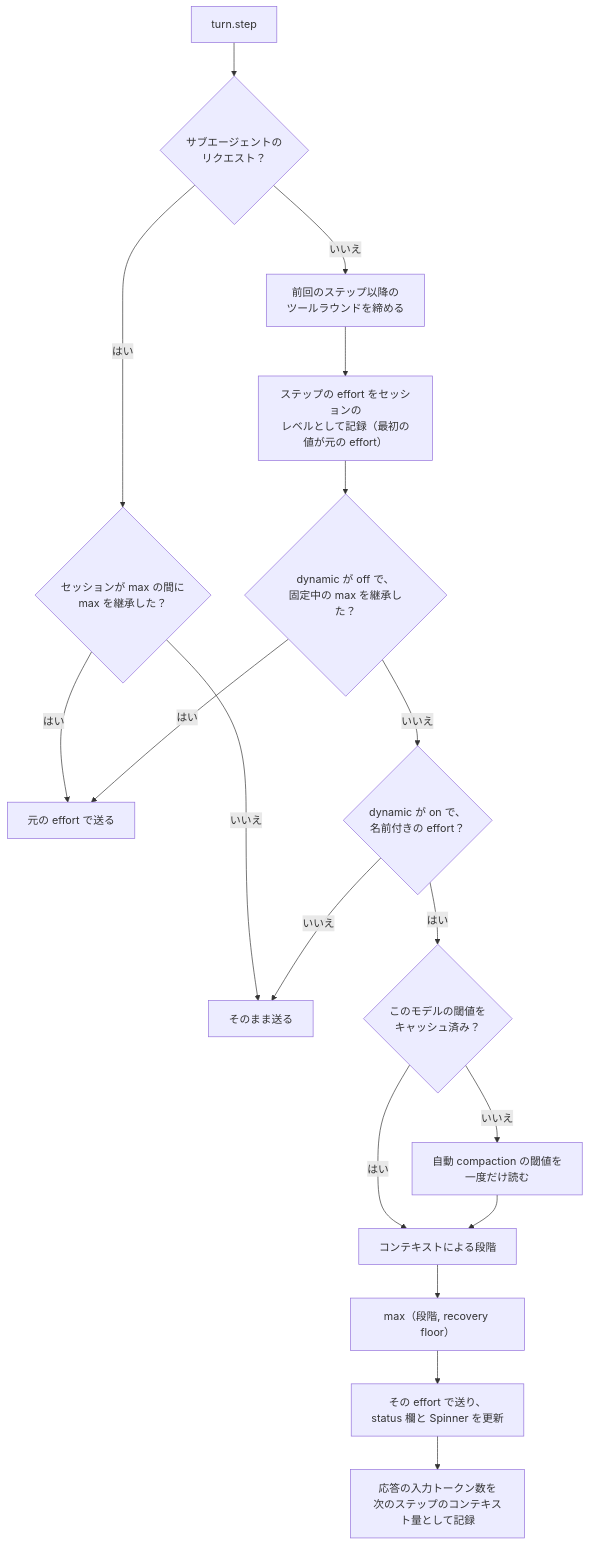
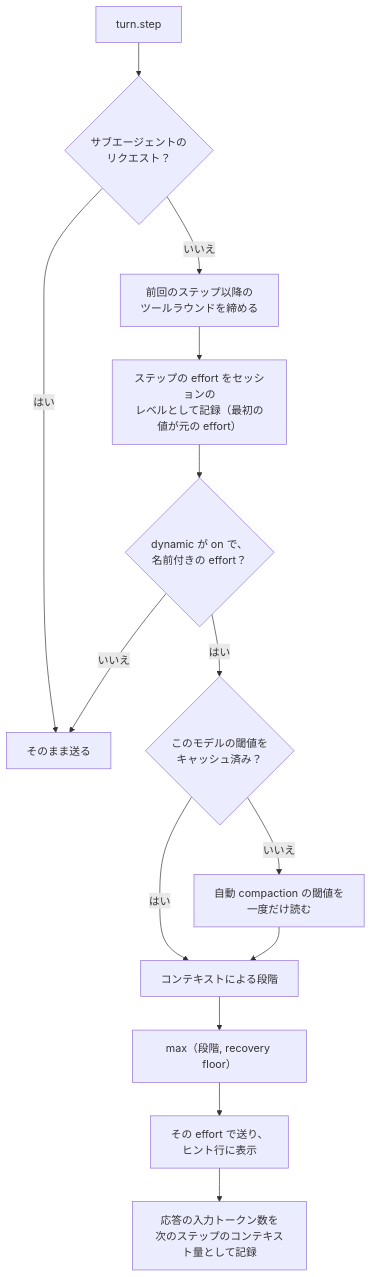
One commit to kkkaoru/dotfiles changed the first of 3 diagrams in tools/claude-dynamic-effort/README-ja.md. Above: the diagram before and after it, drawn with Mermaid. The commit also changed other lines of this file and 3 other files, not shown here.

First line of the commit message:
fix(claude-dynamic-effort): raise effort to max only for one compaction

````diff
--- a/tools/claude-dynamic-effort/README-ja.md
+++ b/tools/claude-dynamic-effort/README-ja.md
@@ -45,20 +46,16 @@
 ```mermaid
 flowchart TD
   step["turn.step"] --> agent{"サブエージェントの<br/>リクエスト？"}
-  agent -- はい --> inherited{"セッションが max の間に<br/>max を継承した？"}
-  inherited -- はい --> original["元の effort で送る"]
-  inherited -- いいえ --> pass["そのまま送る"]
+  agent -- はい --> pass["そのまま送る"]
   agent -- いいえ --> round["前回のステップ以降の<br/>ツールラウンドを締める"]
   round --> observe["ステップの effort をセッションの<br/>レベルとして記録（最初の値が元の effort）"]
-  observe --> mainmax{"dynamic が off で、<br/>固定中の max を継承した？"}
-  mainmax -- はい --> original
-  mainmax -- いいえ --> managed{"dynamic が on で、<br/>名前付きの effort？"}
+  observe --> managed{"dynamic が on で、<br/>名前付きの effort？"}
   managed -- いいえ --> pass
   managed -- はい --> limit{"このモデルの閾値を<br/>キャッシュ済み？"}
   limit -- いいえ --> fetch["自動 compaction の閾値を<br/>一度だけ読む"]
   limit -- はい --> ramp["コンテキストによる段階"]
   fetch --> ramp
   ramp --> floor["max（段階, recovery floor）"]
-  floor --> send["その effort で送り、<br/>status 欄と Spinner を更新"]
+  floor --> send["その effort で送り、<br/>ヒント行に表示"]
   send --> usage["応答の入力トークン数を<br/>次のステップのコンテキスト量として記録"]
 ```
````
